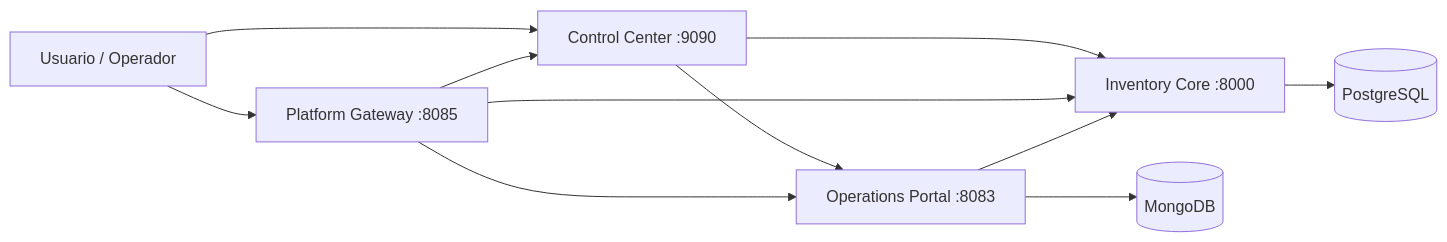
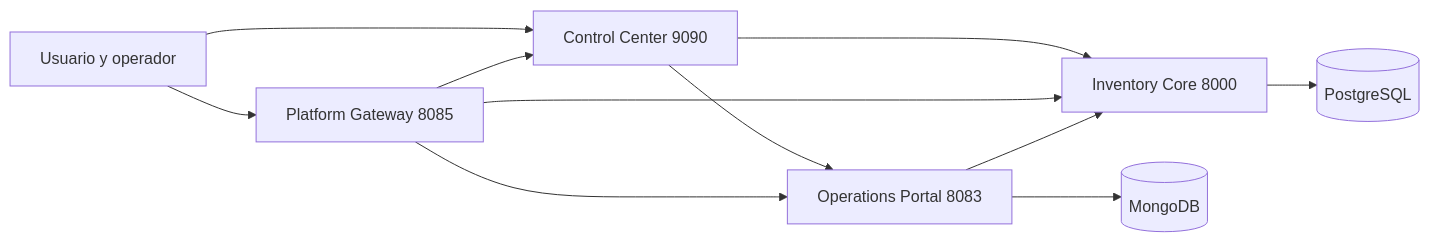
The diagram in README.md (vladimiracunadev-create/docker-labs), drawn with Mermaid before and after one commit.

Commit message:
Fix workspace architecture diagram in README

````diff
--- a/README.md
+++ b/README.md
@@ -88,13 +88,21 @@
 ```mermaid
 flowchart LR
-    User["Usuario / Operador"] --> Panel["Control Center :9090"]
-    User --> Gateway["Platform Gateway :8085"]
-    Panel --> Core["Inventory Core :8000"]
-    Panel --> Portal["Operations Portal :8083"]
-    Gateway --> Panel
-    Gateway --> Core
-    Gateway --> Portal
-    Portal --> Core
-    Core --> Postgres[("PostgreSQL")]
-    Portal --> Mongo[("MongoDB")]
+    user[Usuario y operador]
+    panel[Control Center 9090]
+    gateway[Platform Gateway 8085]
+    core[Inventory Core 8000]
+    portal[Operations Portal 8083]
+    postgres[(PostgreSQL)]
+    mongo[(MongoDB)]
+
+    user --> panel
+    user --> gateway
+    panel --> core
+    panel --> portal
+    gateway --> panel
+    gateway --> core
+    gateway --> portal
+    portal --> core
+    core --> postgres
+    portal --> mongo
 ```
````
